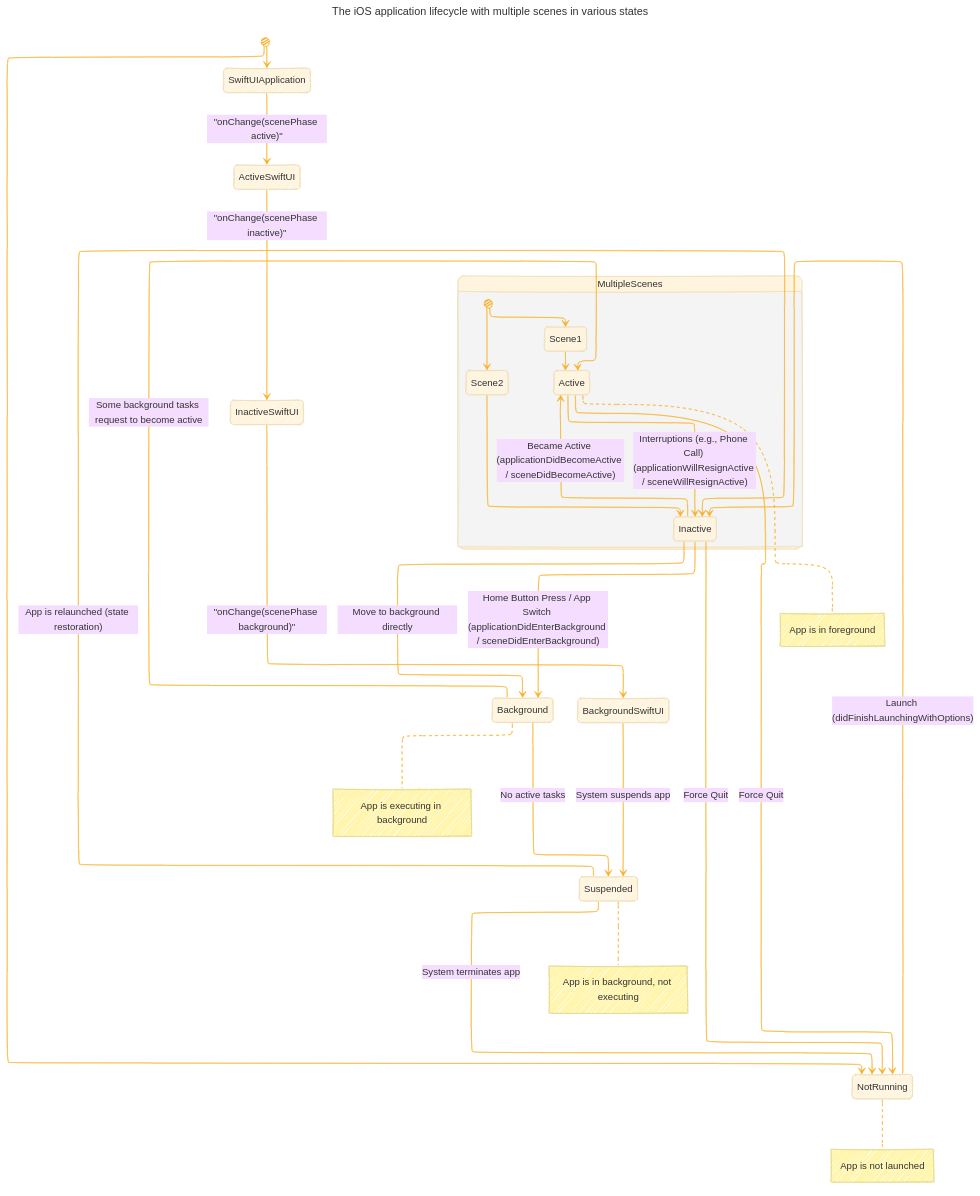
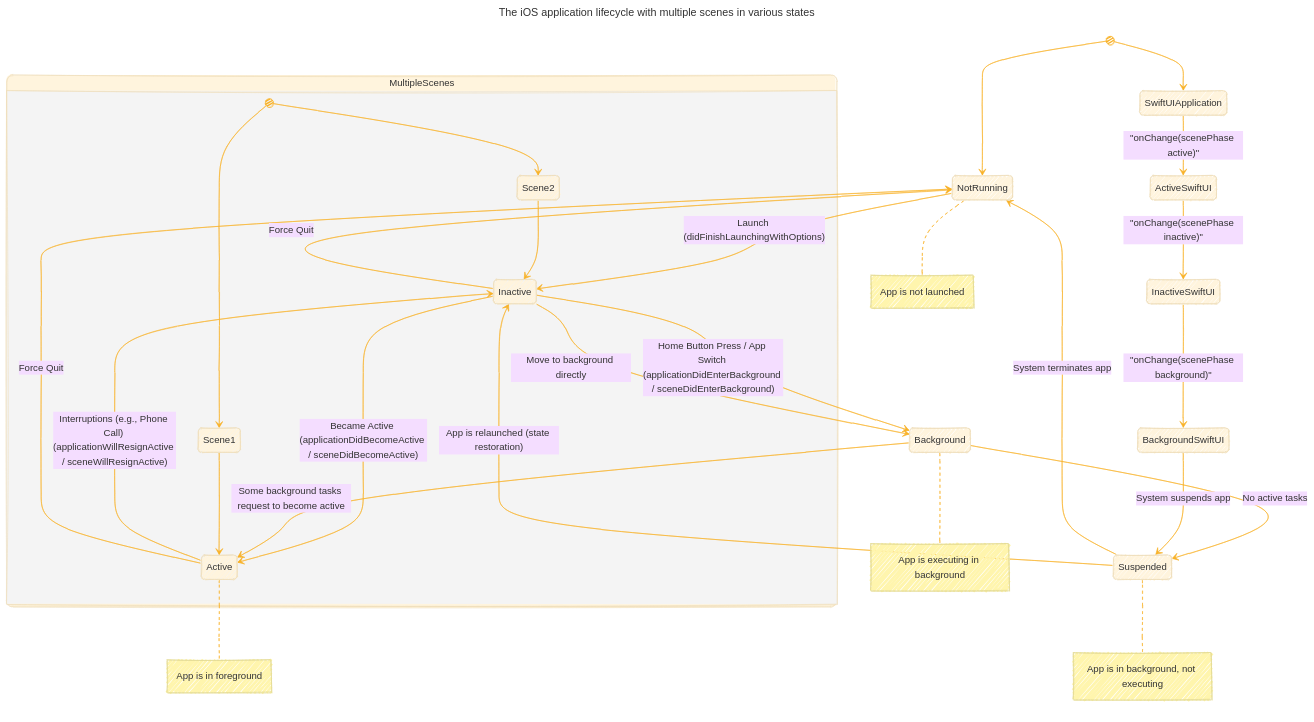
The sixth of 6 diagrams in iOS_app_and_view_lifecycle/iOS_app_lifecycle_with_UIKit_and_SwiftUI.md (CongLeSolutionX/iOS-development-vault), drawn with Mermaid before and after one commit. The commit also changed other lines of this file, not shown here.

````diff
--- a/iOS_app_and_view_lifecycle/iOS_app_lifecycle_with_UIKit_and_SwiftUI.md
+++ b/iOS_app_and_view_lifecycle/iOS_app_lifecycle_with_UIKit_and_SwiftUI.md
@@ -373,76 +370,75 @@
 ```mermaid
 ---
 title: "The iOS application lifecycle with multiple scenes in various states"
 config:
-  layout: elk
   look: handDrawn
   theme: base
 ---
 %%%%%%%% Mermaid version v11.4.1-b.14
 %%%%%%%% Available curve styles include the following keywords:
 %% basis, bumpX, bumpY, cardinal, catmullRom, linear, monotoneX, monotoneY, natural, step, stepAfter, stepBefore.
 %%{
   init: {
     "stateDiagram-v2": { "htmlLabels": false, 'curve': 'linear' },
     'fontFamily': 'Fantasy',
     'themeVariables': {
       'lineColor': '#F8B229'
     }
   }
 }%%
 stateDiagram-v2
     [*] --> NotRunning
 
     NotRunning --> Inactive : Launch (didFinishLaunchingWithOptions)
     Inactive --> Active : Became Active (applicationDidBecomeActive / sceneDidBecomeActive)
     Active --> Inactive : Interruptions (e.g., Phone Call) (applicationWillResignActive / sceneWillResignActive)
     Inactive --> Background : Home Button Press / App Switch (applicationDidEnterBackground / sceneDidEnterBackground)
     Background --> Suspended : No active tasks
     Suspended --> NotRunning : System terminates app
 
     %% Additional Transitions
     Inactive --> Background : Move to background directly
     Background --> Active : Some background tasks request to become active
 
     %% Termination
     Active --> NotRunning : Force Quit
     Inactive --> NotRunning : Force Quit
 
     %% SwiftUI Lifecycle
     [*] --> SwiftUIApplication
 
     SwiftUIApplication --> ActiveSwiftUI : "onChange(scenePhase active)"
     ActiveSwiftUI --> InactiveSwiftUI : "onChange(scenePhase inactive)"
     InactiveSwiftUI --> BackgroundSwiftUI : "onChange(scenePhase background)"
     BackgroundSwiftUI --> Suspended : System suspends app
 
     %% State Restoration
     Suspended --> Inactive : App is relaunched (state restoration)
 
     %% Multiple Scenes
     state MultipleScenes {
         [*] --> Scene1
         [*] --> Scene2
 
         Scene1 --> Active
         Scene2 --> Inactive
     }
 
     %% Notes
     note right of NotRunning
         App is not launched
     end note
 
     note right of Active
         App is in foreground
     end note
 
     note right of Background
         App is executing in background
     end note
 
     note right of Suspended
         App is in background, not executing
     end note
 
 ```
````
